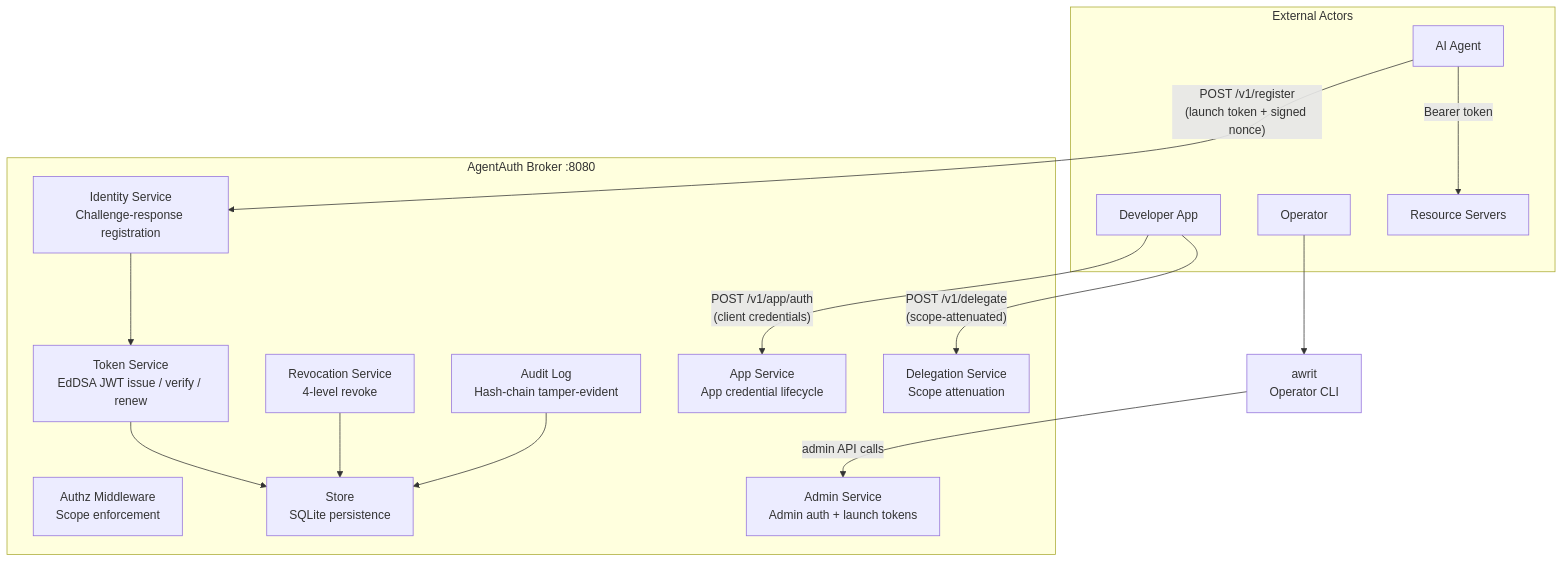
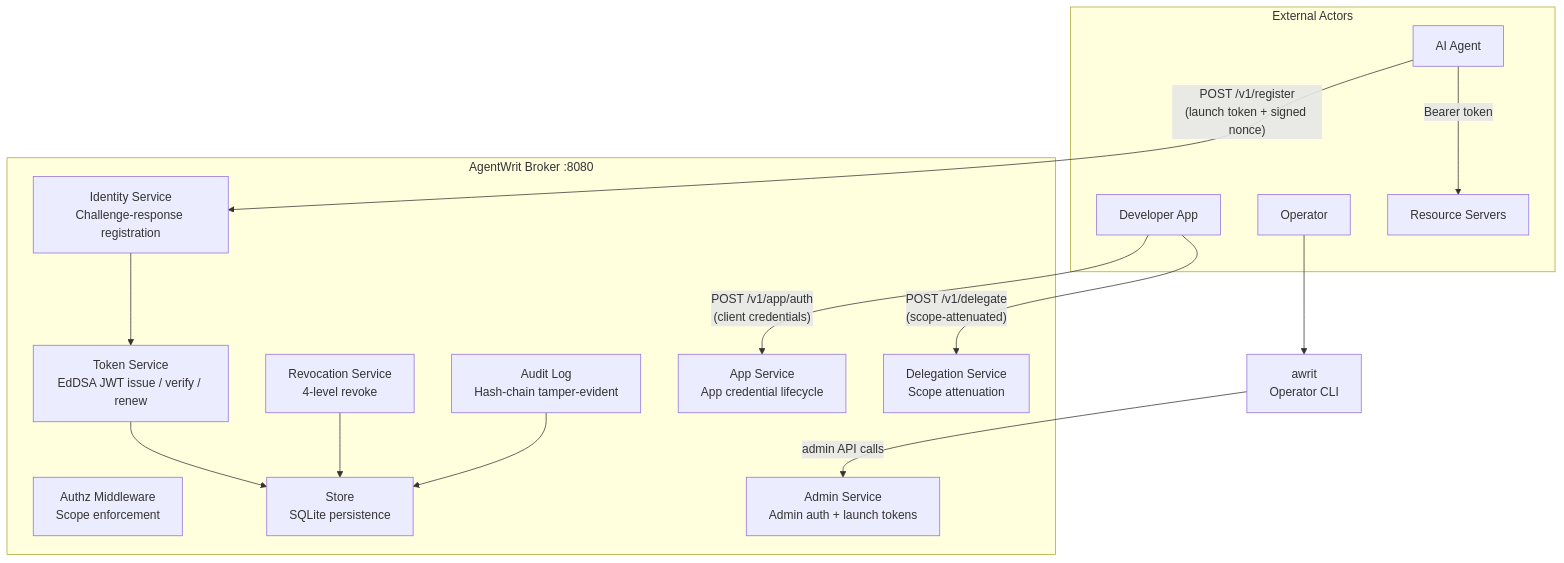
The diagram in README.md (devonartis/agentwrit), drawn with Mermaid before and after one commit. The commit also changed other lines of this file and 2 other files, not shown here.

````diff
--- a/README.md
+++ b/README.md
@@ -198,35 +289,35 @@
 ```mermaid
 flowchart TB
     subgraph External["External Actors"]
         AGENT["AI Agent"]
         DEV["Developer App"]
         ADMIN["Operator"]
         RS["Resource Servers"]
     end
 
-    subgraph AA["AgentAuth Broker :8080"]
+    subgraph AA["AgentWrit Broker :8080"]
         IDENTITY["Identity Service\nChallenge-response registration"]
         TOKEN["Token Service\nEdDSA JWT issue / verify / renew"]
         AUTHZ["Authz Middleware\nScope enforcement"]
         REVOKE["Revocation Service\n4-level revoke"]
         AUDIT["Audit Log\nHash-chain tamper-evident"]
         DELEG["Delegation Service\nScope attenuation"]
         APPSVC["App Service\nApp credential lifecycle"]
         ADMINSVC["Admin Service\nAdmin auth + launch tokens"]
         STORE["Store\nSQLite persistence"]
     end
 
     AACTL["awrit\nOperator CLI"]
 
     AGENT -- "POST /v1/register\n(launch token + signed nonce)" --> IDENTITY
     AGENT -- "Bearer token" --> RS
     DEV -- "POST /v1/app/auth\n(client credentials)" --> APPSVC
     DEV -- "POST /v1/delegate\n(scope-attenuated)" --> DELEG
     ADMIN --> AACTL
     AACTL -- "admin API calls" --> ADMINSVC
 
     IDENTITY --> TOKEN
     TOKEN --> STORE
     REVOKE --> STORE
     AUDIT --> STORE
 ```
````
